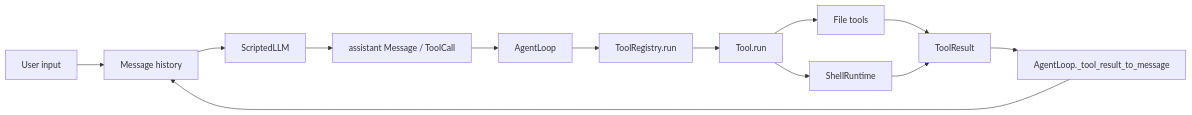
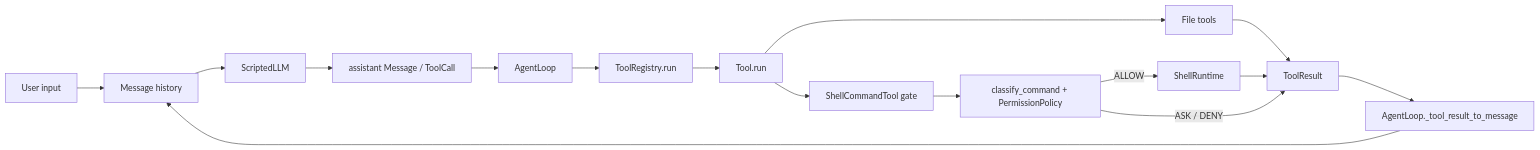
Before and after one commit to nanhanq1/personal-coding-assistant: the first of 4 diagrams in ARCHITECTURE.md, drawn with Mermaid. The commit also changed other lines of this file and 30 other files, not shown here.

````diff
--- a/ARCHITECTURE.md
+++ b/ARCHITECTURE.md
@@ -7,15 +7,18 @@
 ```mermaid
 flowchart LR
     U["User input"] --> H["Message history"]
     H --> L["ScriptedLLM"]
     L --> A["assistant Message / ToolCall"]
     A --> Loop["AgentLoop"]
     Loop --> R["ToolRegistry.run"]
     R --> T["Tool.run"]
     T --> F["File tools"]
-    T --> S["ShellRuntime"]
+    T --> G["ShellCommandTool gate"]
+    G --> P["classify_command + PermissionPolicy"]
+    P -->|ALLOW| S["ShellRuntime"]
+    P -->|ASK / DENY| TR
     F --> TR["ToolResult"]
     S --> TR
     TR --> M["AgentLoop._tool_result_to_message"]
     M --> H
 ```
````
